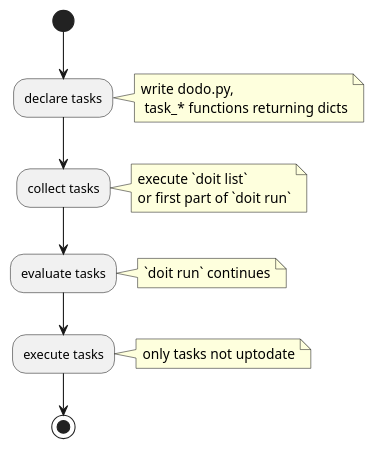
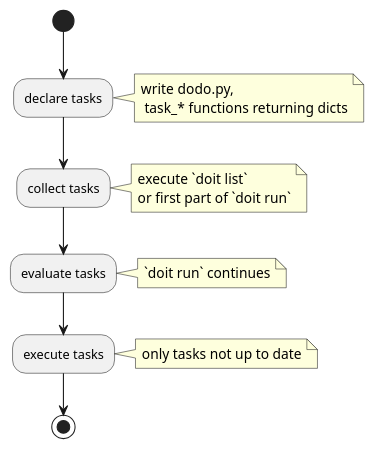
The diagram in docs/reference/index.rst (pydoit/doit-tmp-doc), drawn with PlantUML before and after one commit. The commit also changed other lines of this file and 7 other files, not shown here.

```diff
--- a/docs/reference/index.rst
+++ b/docs/reference/index.rst
@@ -99,14 +103,14 @@
 .. uml::
     :caption: Task execution life-cycle
     :scale: 50%
     :align: center
 
     (*) -->  "declare tasks"
     note right: write dodo.py,\n task_* functions returning dicts
     -->  collect tasks
     note right: execute `doit list`\nor first part of `doit run`
     -->  evaluate tasks
     note right: `doit run` continues
     -->  execute tasks
-    note right: only tasks not uptodate
+    note right: only tasks not up to date
     --> (*)
```
